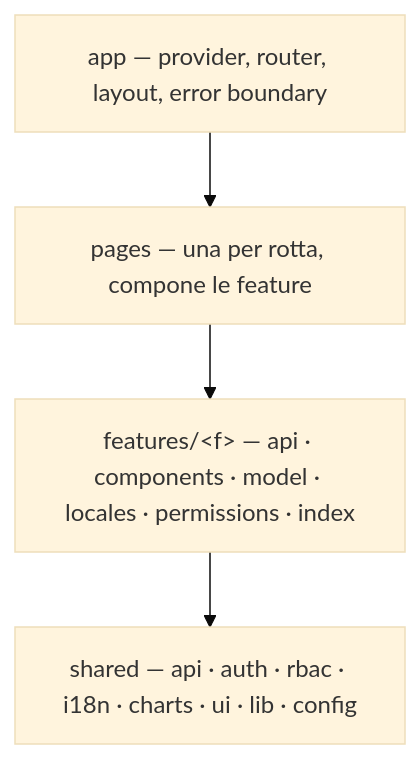
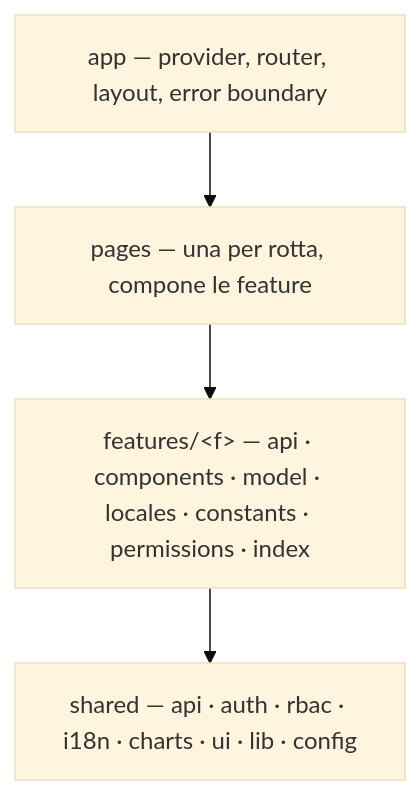
The diagram in docs/architettura.md (en1-gma/kyfes), drawn with Mermaid (base theme) before and after one commit. The commit also changed other lines of this file and 19 other files, not shown here.

Commit message:
docs: explicit constants in constants.ts for scaffolds and future features

````diff
--- a/docs/architettura.md
+++ b/docs/architettura.md
@@ -5,7 +5,7 @@
 ```mermaid
 flowchart TD
     app["app — provider, router, layout, error boundary"] --> pages
     pages["pages — una per rotta, compone le feature"] --> features
-    features["features/&lt;f&gt; — api · components · model · locales · permissions · index"] --> shared
+    features["features/&lt;f&gt; — api · components · model · locales · constants · permissions · index"] --> shared
     shared["shared — api · auth · rbac · i18n · charts · ui · lib · config"]
 ```
````
